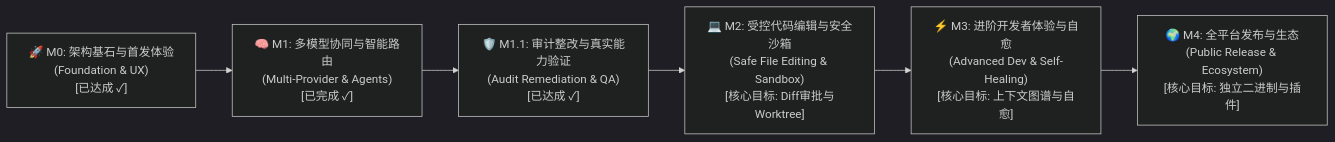
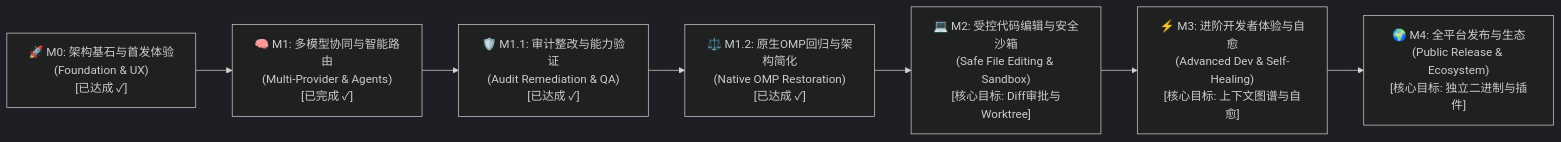
Before and after one commit to Aoody743/nightglide-cli: the diagram in docs/ROADMAP.md, drawn with Mermaid (dark theme). The commit also changed other lines of this file and 30 other files, not shown here.

````diff
--- a/docs/ROADMAP.md
+++ b/docs/ROADMAP.md
@@ -12,11 +12,12 @@
 ```mermaid
 flowchart LR
     M0["🚀 M0: 架构基石与首发体验\n(Foundation & UX)\n[已达成 ✓]"]
     M1["🧠 M1: 多模型协同与智能路由\n(Multi-Provider & Agents)\n[已完成 ✓]"]
-    M1_1["🛡️ M1.1: 审计整改与真实能力验证\n(Audit Remediation & QA)\n[已达成 ✓]"]
+    M1_1["🛡️ M1.1: 审计整改与能力验证\n(Audit Remediation & QA)\n[已达成 ✓]"]
+    M1_2["⚖️ M1.2: 原生OMP回归与架构简化\n(Native OMP Restoration)\n[已达成 ✓]"]
     M2["💻 M2: 受控代码编辑与安全沙箱\n(Safe File Editing & Sandbox)\n[核心目标: Diff审批与Worktree]"]
     M3["⚡ M3: 进阶开发者体验与自愈\n(Advanced Dev & Self-Healing)\n[核心目标: 上下文图谱与自愈]"]
     M4["🌍 M4: 全平台发布与生态\n(Public Release & Ecosystem)\n[核心目标: 独立二进制与插件]"]
 
-    M0 --> M1 --> M1_1 --> M2 --> M3 --> M4
+    M0 --> M1 --> M1_1 --> M1_2 --> M2 --> M3 --> M4
 ```
````
